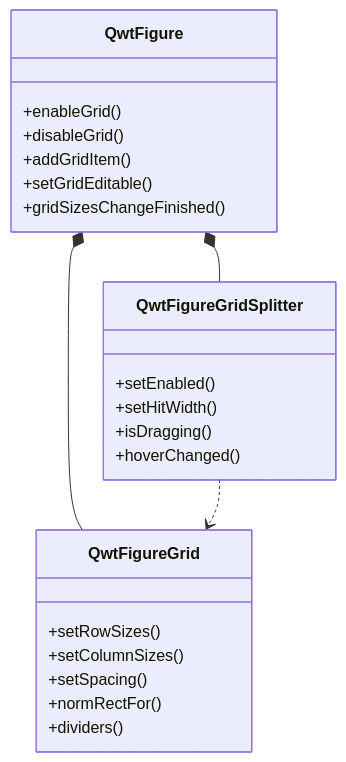
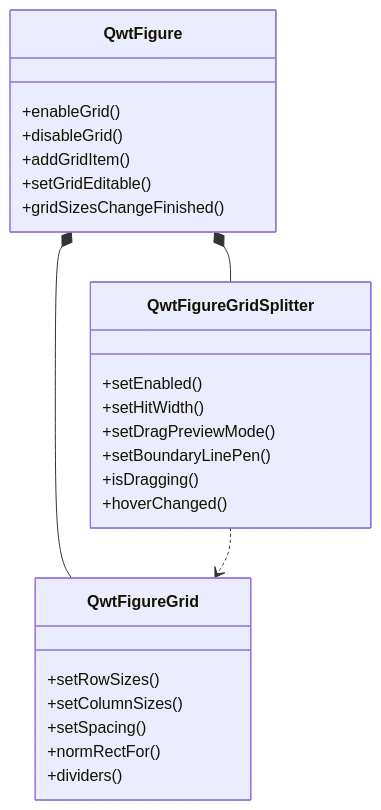
One commit to czyt1988/QWT changed the diagram in docs/use-guide/2d/figure-widget.md. Above: the diagram before and after it, drawn with Mermaid. The commit also changed other lines of this file and 13 other files, not shown here.

First line of the commit message:
docs(figureGrid): demonstrate the two drag preview modes

````diff
--- a/docs/use-guide/2d/figure-widget.md
+++ b/docs/use-guide/2d/figure-widget.md
@@ -84,26 +84,28 @@
 ```mermaid
 classDiagram
     class QwtFigure {
         +enableGrid()
         +disableGrid()
         +addGridItem()
         +setGridEditable()
         +gridSizesChangeFinished()
     }
     class QwtFigureGrid {
         +setRowSizes()
         +setColumnSizes()
         +setSpacing()
         +normRectFor()
         +dividers()
     }
     class QwtFigureGridSplitter {
         +setEnabled()
         +setHitWidth()
+        +setDragPreviewMode()
+        +setBoundaryLinePen()
         +isDragging()
         +hoverChanged()
     }
     QwtFigure *-- QwtFigureGrid
     QwtFigure *-- QwtFigureGridSplitter
     QwtFigureGridSplitter ..> QwtFigureGrid
 ```
````
